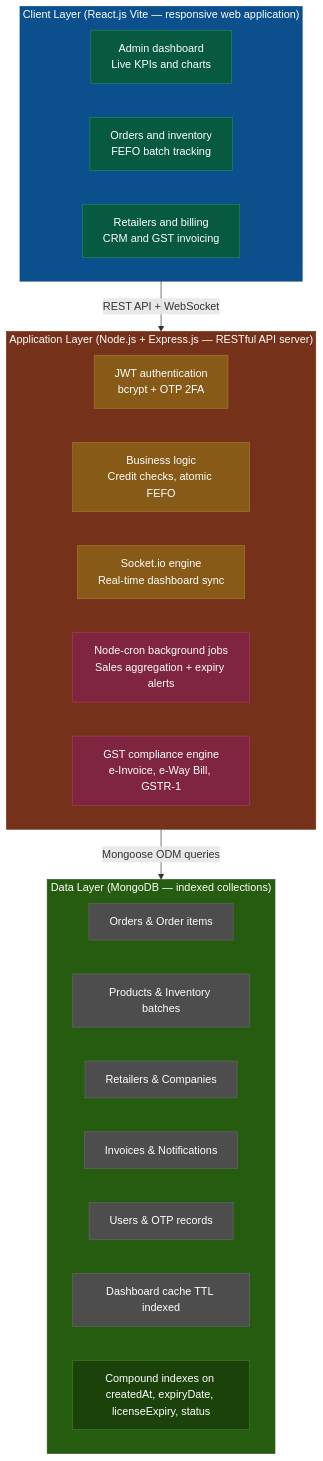
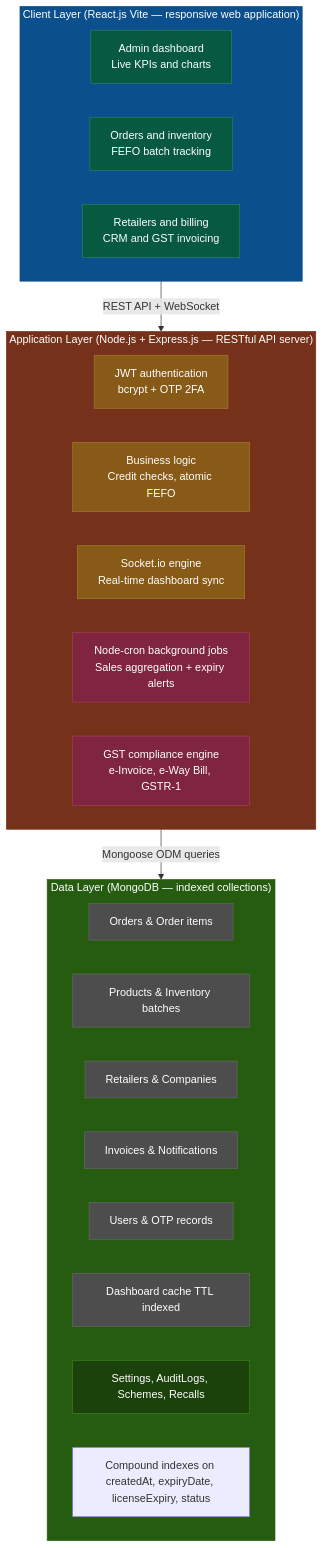
Before and after one commit to Arshitraj-123/Pharmaceutical-Distribution-Management-System: the diagram in README.md, drawn with Mermaid. The commit also changed other lines of this file and 40 other files, not shown here.

Commit message:
feat: Add settings, audit logs, RBAC, and profile management

````diff
--- a/README.md
+++ b/README.md
@@ -17,55 +17,56 @@
 ```mermaid
 graph TD
     %% Client Layer
     subgraph ClientLayer["Client Layer (React.js Vite — responsive web application)"]
         A[Admin dashboard<br/>Live KPIs and charts]
         B[Orders and inventory<br/>FEFO batch tracking]
         C[Retailers and billing<br/>CRM and GST invoicing]
     end
     
     ClientLayer -- "REST API + WebSocket" --> AppLayer
     
     %% Application Layer
     subgraph AppLayer["Application Layer (Node.js + Express.js — RESTful API server)"]
         D[JWT authentication<br/>bcrypt + OTP 2FA]
         E[Business logic<br/>Credit checks, atomic FEFO]
         F[Socket.io engine<br/>Real-time dashboard sync]
         G[Node-cron background jobs<br/>Sales aggregation + expiry alerts]
         H[GST compliance engine<br/>e-Invoice, e-Way Bill, GSTR-1]
     end
     
     AppLayer -- "Mongoose ODM queries" --> DataLayer
     
     %% Data Layer
     subgraph DataLayer["Data Layer (MongoDB — indexed collections)"]
         I[Orders & Order items]
         J[Products & Inventory batches]
         K[Retailers & Companies]
         L[Invoices & Notifications]
         M[Users & OTP records]
         N[Dashboard cache TTL indexed]
-        O[Compound indexes on createdAt, expiryDate, licenseExpiry, status]
+        O[Settings, AuditLogs, Schemes, Recalls]
+        P[Compound indexes on createdAt, expiryDate, licenseExpiry, status]
     end
 
     %% Styles
     style ClientLayer fill:#0B4F8C,stroke:#0B4F8C,color:#fff
     style A fill:#075940,stroke:#268565,color:#fff
     style B fill:#075940,stroke:#268565,color:#fff
     style C fill:#075940,stroke:#268565,color:#fff
 
     style AppLayer fill:#753119,stroke:#753119,color:#fff
     style D fill:#875A18,stroke:#A87932,color:#fff
     style E fill:#875A18,stroke:#A87932,color:#fff
     style F fill:#875A18,stroke:#A87932,color:#fff
     style G fill:#7F253F,stroke:#A63D5D,color:#fff
     style H fill:#7F253F,stroke:#A63D5D,color:#fff
 
     style DataLayer fill:#265C10,stroke:#265C10,color:#fff
     style I fill:#4D4D4D,stroke:#666666,color:#fff
     style J fill:#4D4D4D,stroke:#666666,color:#fff
     style K fill:#4D4D4D,stroke:#666666,color:#fff
     style L fill:#4D4D4D,stroke:#666666,color:#fff
     style M fill:#4D4D4D,stroke:#666666,color:#fff
     style N fill:#4D4D4D,stroke:#666666,color:#fff
     style O fill:#1c420b,stroke:#3b821c,color:#fff
 ```
````
